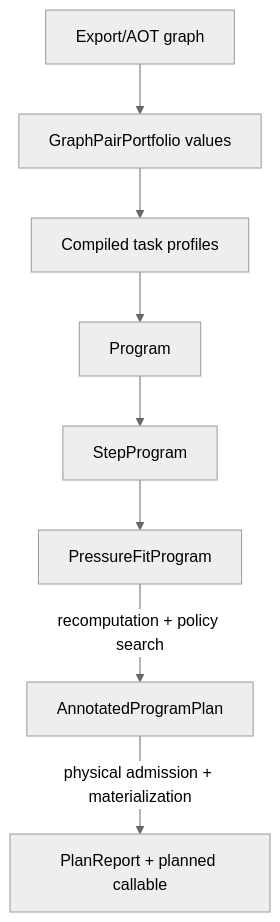
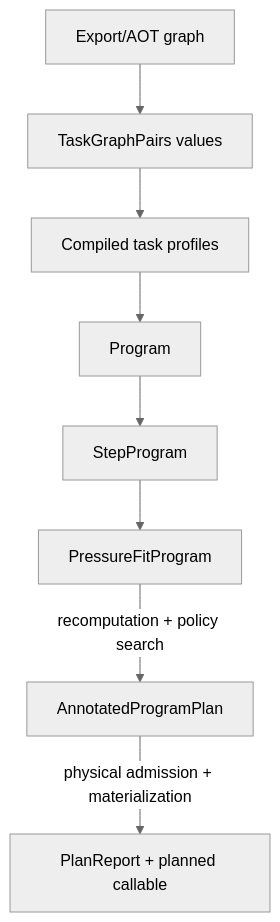
One commit to als244/shadowspill changed the second of 3 diagrams in docs/architecture/overview.md. Above: the diagram before and after it, drawn with Mermaid (neutral theme). The commit also changed other lines of this file and 37 other files, not shown here.

````diff
--- a/docs/architecture/overview.md
+++ b/docs/architecture/overview.md
@@ -90,19 +90,19 @@
 ```mermaid
 flowchart TD
     capture["Export/AOT graph"]
-    pairs["GraphPairPortfolio values"]
+    pairs["TaskGraphPairs values"]
     profile["Compiled task profiles"]
     program["Program"]
     step["StepProgram"]
     pressure["PressureFitProgram"]
     annotated["AnnotatedProgramPlan"]
     report["PlanReport + planned callable"]
 
     capture --> pairs
     pairs --> profile
     profile --> program
     program --> step
     step --> pressure
     pressure -->|"recomputation + policy search"| annotated
     annotated -->|"physical admission + materialization"| report
 ```
````
